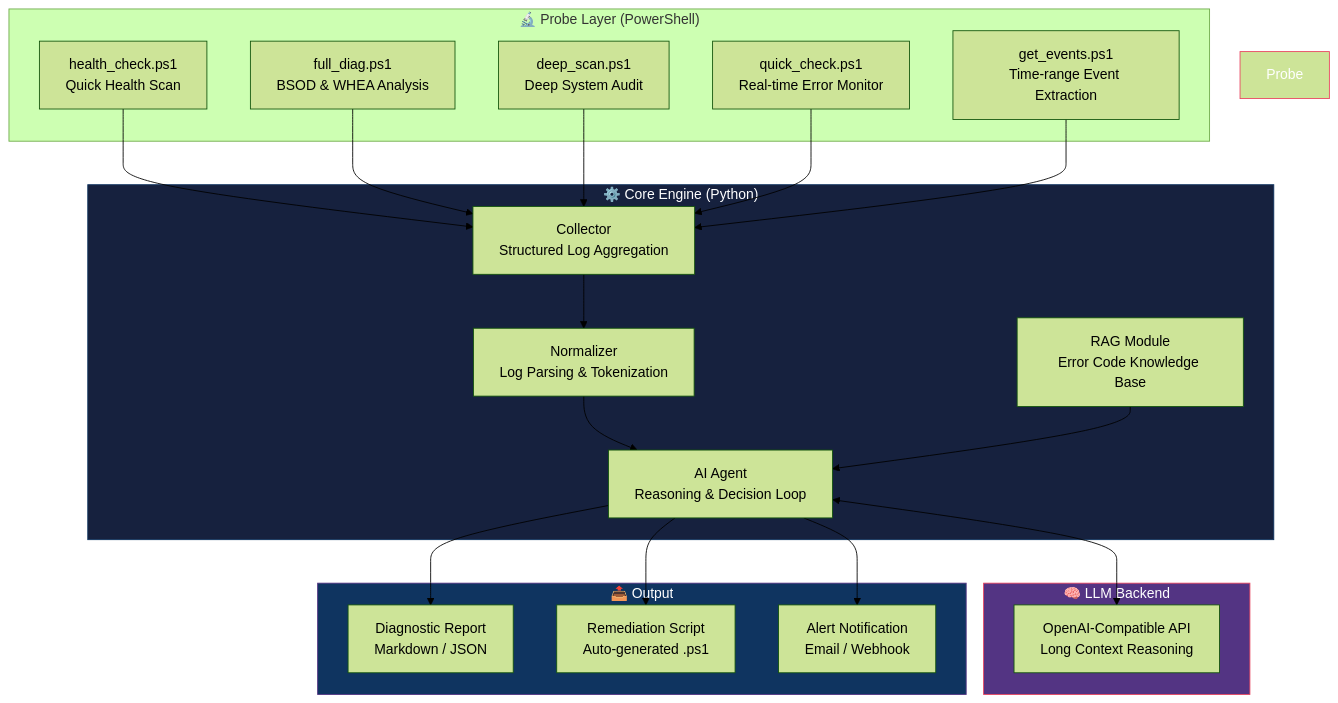
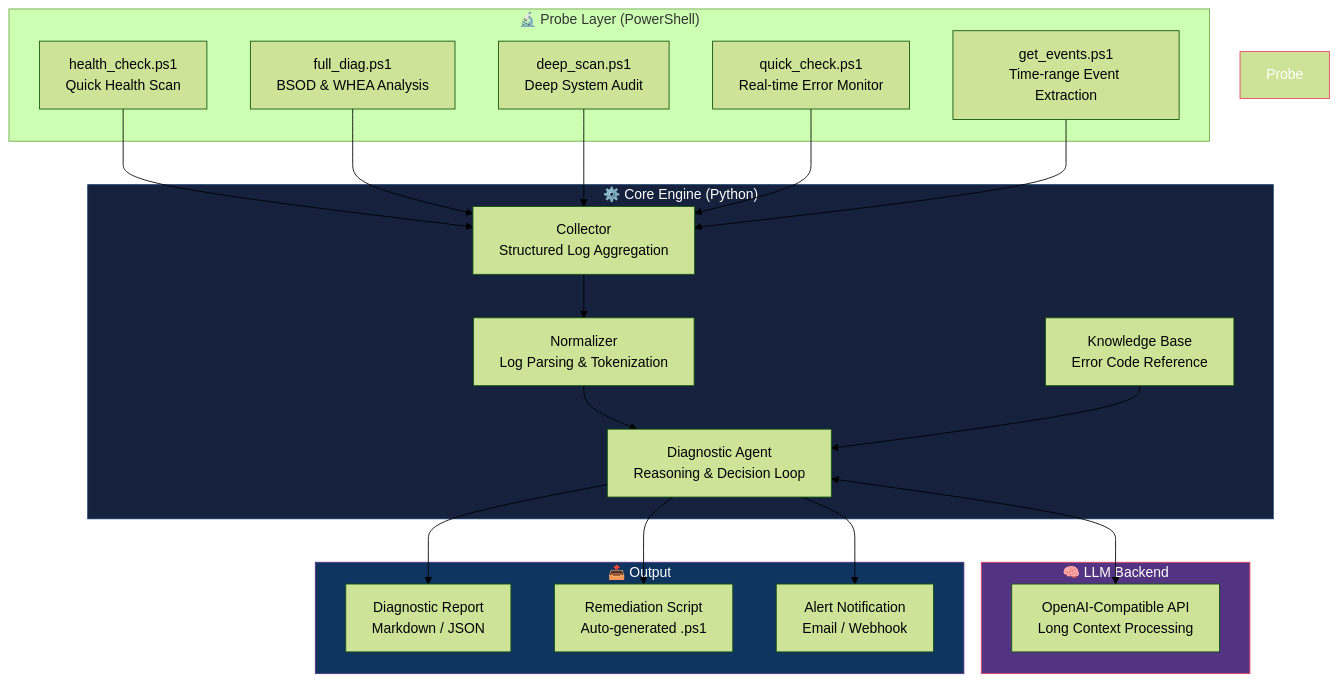
Before and after one commit to kzeokytjvwhnrtl13otf-bit/omnidiag-ai: the diagram in README.md, drawn with Mermaid (forest theme). The commit also changed other lines of this file and 3 other files, not shown here.

````diff
--- a/README.md
+++ b/README.md
@@ -66,45 +66,45 @@
 ```mermaid
 graph TB
     subgraph Probe Layer ["🔬 Probe Layer (PowerShell)"]
         HC[health_check.ps1<br/>Quick Health Scan]
         FD[full_diag.ps1<br/>BSOD & WHEA Analysis]
         DS[deep_scan.ps1<br/>Deep System Audit]
         QC[quick_check.ps1<br/>Real-time Error Monitor]
         GE[get_events.ps1<br/>Time-range Event Extraction]
     end
 
     subgraph Core ["⚙️ Core Engine (Python)"]
         COLL[Collector<br/>Structured Log Aggregation]
         NORM[Normalizer<br/>Log Parsing & Tokenization]
-        RAG[RAG Module<br/>Error Code Knowledge Base]
-        AGENT[AI Agent<br/>Reasoning & Decision Loop]
+        RAG[Knowledge Base<br/>Error Code Reference]
+        AGENT[Diagnostic Agent<br/>Reasoning & Decision Loop]
     end
 
     subgraph LLM ["🧠 LLM Backend"]
-        LLM_API[OpenAI-Compatible API<br/>Long Context Reasoning]
+        LLM_API[OpenAI-Compatible API<br/>Long Context Processing]
     end
 
     subgraph Output ["📤 Output"]
         REPORT[Diagnostic Report<br/>Markdown / JSON]
         FIX[Remediation Script<br/>Auto-generated .ps1]
         ALERT[Alert Notification<br/>Email / Webhook]
     end
 
     HC --> COLL
     FD --> COLL
     DS --> COLL
     QC --> COLL
     GE --> COLL
     COLL --> NORM
     NORM --> AGENT
     RAG --> AGENT
     AGENT <--> LLM_API
     AGENT --> REPORT
     AGENT --> FIX
     AGENT --> ALERT
 
     style Probe Layer fill:#1a1a2e,stroke:#e94560,color:#fff
     style Core fill:#16213e,stroke:#0f3460,color:#fff
     style LLM fill:#533483,stroke:#e94560,color:#fff
     style Output fill:#0f3460,stroke:#533483,color:#fff
 ```
````
